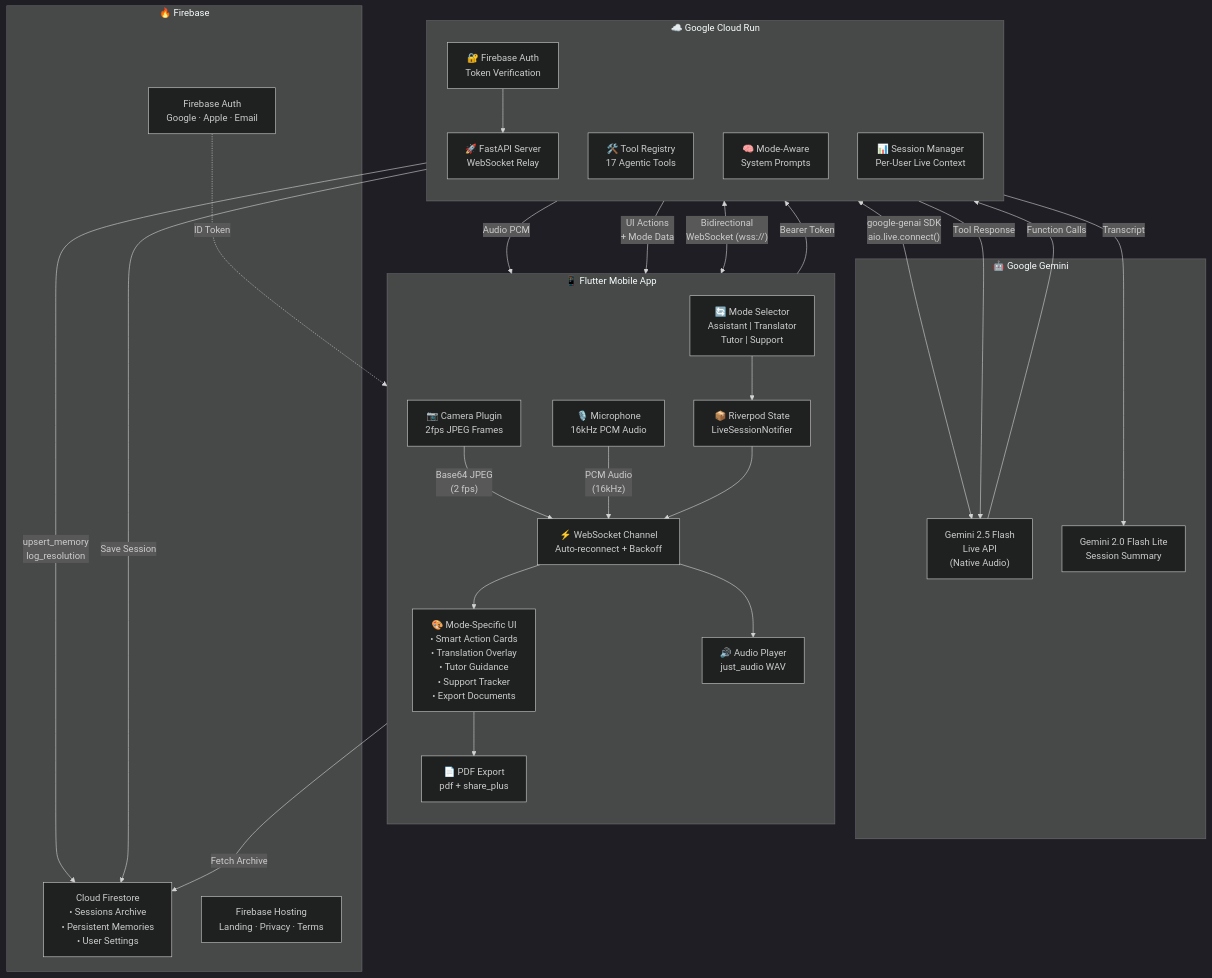
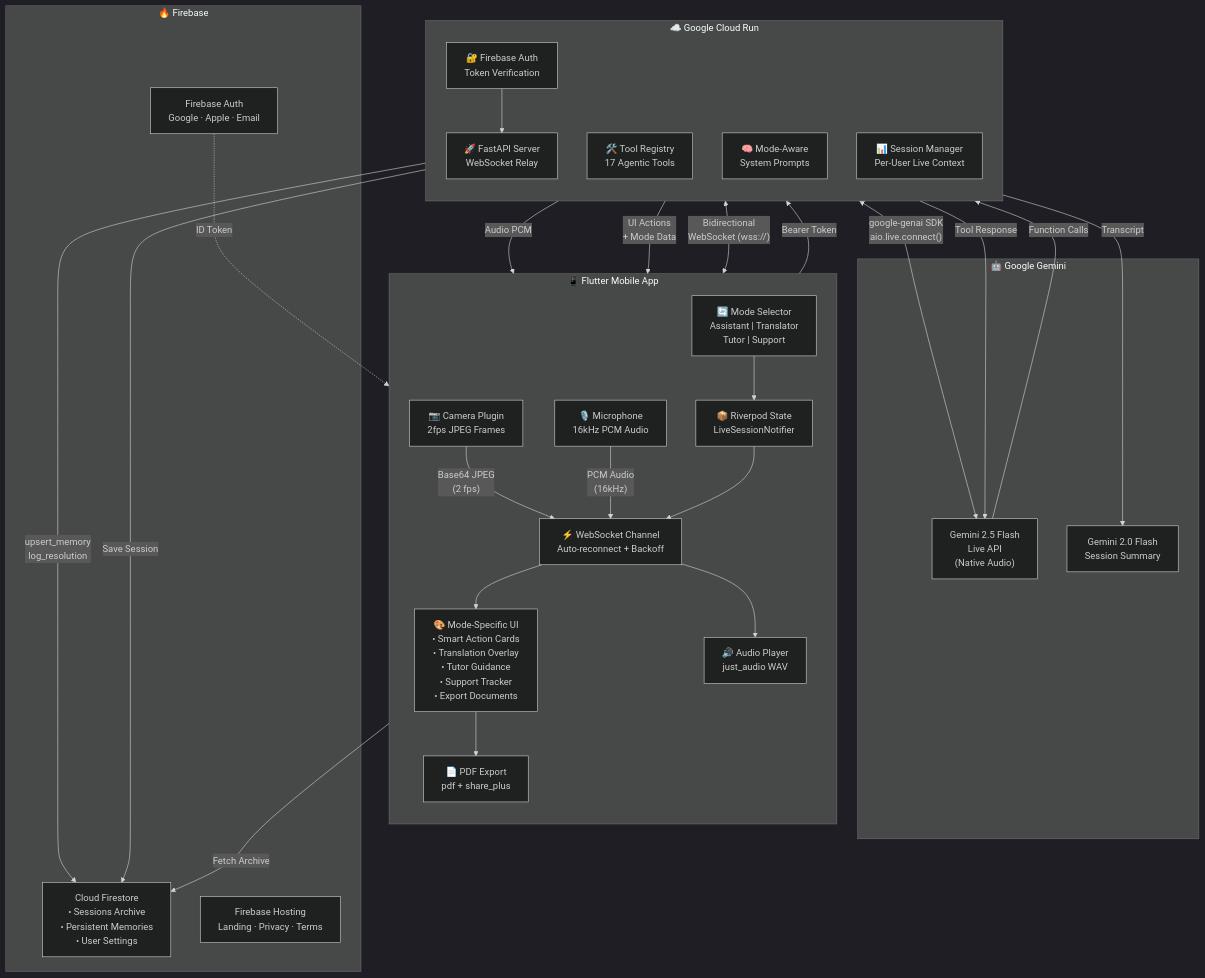
The diagram in architecture.mmd (Medialordofficial/Arqivon), drawn with Mermaid (dark theme) before and after one commit. The commit also changed 3 other files, not shown here.

```diff
--- a/architecture.mmd
+++ b/architecture.mmd
@@ -1,62 +1,62 @@
 graph TD
     subgraph Mobile["📱 Flutter Mobile App"]
         direction TB
         UI["🎨 Mode-Specific UI\n• Smart Action Cards\n• Translation Overlay\n• Tutor Guidance\n• Support Tracker\n• Export Documents"]
         Cam["📷 Camera Plugin\n2fps JPEG Frames"]
         Mic["🎙️ Microphone\n16kHz PCM Audio"]
         Spk["🔊 Audio Player\njust_audio WAV"]
         ModeSel["🔄 Mode Selector\nAssistant | Translator\nTutor | Support"]
         WS_Client["⚡ WebSocket Channel\nAuto-reconnect + Backoff"]
         RivState["📦 Riverpod State\nLiveSessionNotifier"]
         Export["📄 PDF Export\npdf + share_plus"]
     end
 
     subgraph CloudRun["☁️ Google Cloud Run"]
         direction TB
         FastAPI["🚀 FastAPI Server\nWebSocket Relay"]
         AuthMid["🔐 Firebase Auth\nToken Verification"]
         ToolReg["🛠️ Tool Registry\n17 Agentic Tools"]
         ModeLogic["🧠 Mode-Aware\nSystem Prompts"]
         SessionMgr["📊 Session Manager\nPer-User Live Context"]
     end
 
     subgraph GeminiAPI["🤖 Google Gemini"]
         Gemini["Gemini 2.5 Flash\nLive API\n(Native Audio)"]
-        GeminiLite["Gemini 2.0 Flash Lite\nSession Summary"]
+        GeminiLite["Gemini 2.0 Flash\nSession Summary"]
     end
 
     subgraph Firebase["🔥 Firebase"]
         Auth["Firebase Auth\nGoogle · Apple · Email"]
         Firestore["Cloud Firestore\n• Sessions Archive\n• Persistent Memories\n• User Settings"]
         Hosting["Firebase Hosting\nLanding · Privacy · Terms"]
     end
 
     %% Mobile to Cloud Run
     Cam -->|"Base64 JPEG\n(2 fps)"| WS_Client
     Mic -->|"PCM Audio\n(16kHz)"| WS_Client
     WS_Client <-->|"Bidirectional\nWebSocket (wss://)"| FastAPI
     ModeSel --> RivState
     RivState --> WS_Client
 
     %% Auth flow
     Auth -.->|"ID Token"| WS_Client
     WS_Client -->|"Bearer Token"| AuthMid
     AuthMid --> FastAPI
 
     %% Cloud Run to Gemini
     FastAPI <-->|"google-genai SDK\naio.live.connect()"| Gemini
     Gemini -->|"Function Calls"| ToolReg
     ToolReg -->|"Tool Response"| Gemini
     FastAPI -->|"Transcript"| GeminiLite
 
     %% Responses back to client
     FastAPI -->|"Audio PCM"| WS_Client
     WS_Client --> Spk
     FastAPI -->|"UI Actions\n+ Mode Data"| WS_Client
     WS_Client --> UI
     UI --> Export
 
     %% Firestore connections
     ToolReg -->|"upsert_memory\nlog_resolution"| Firestore
     FastAPI -->|"Save Session"| Firestore
     RivState -->|"Fetch Archive"| Firestore
```
